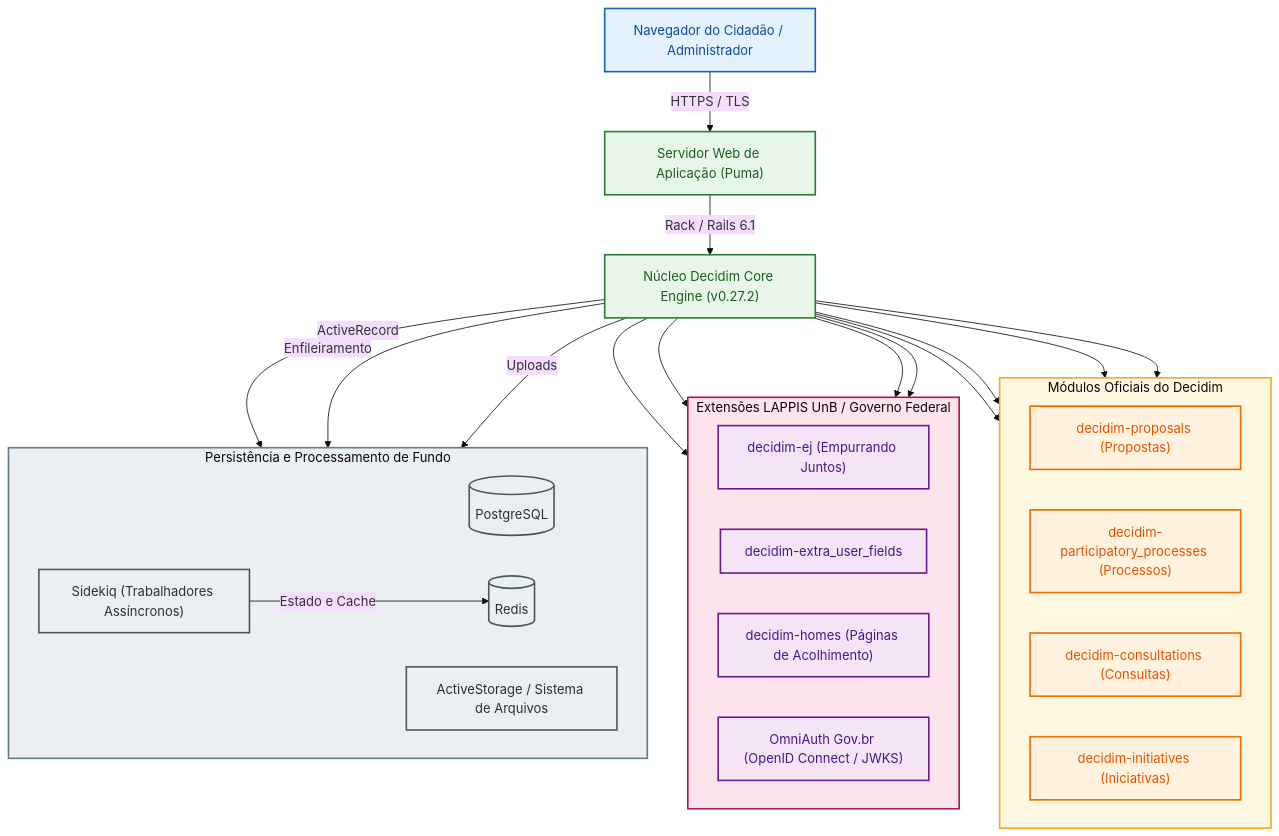
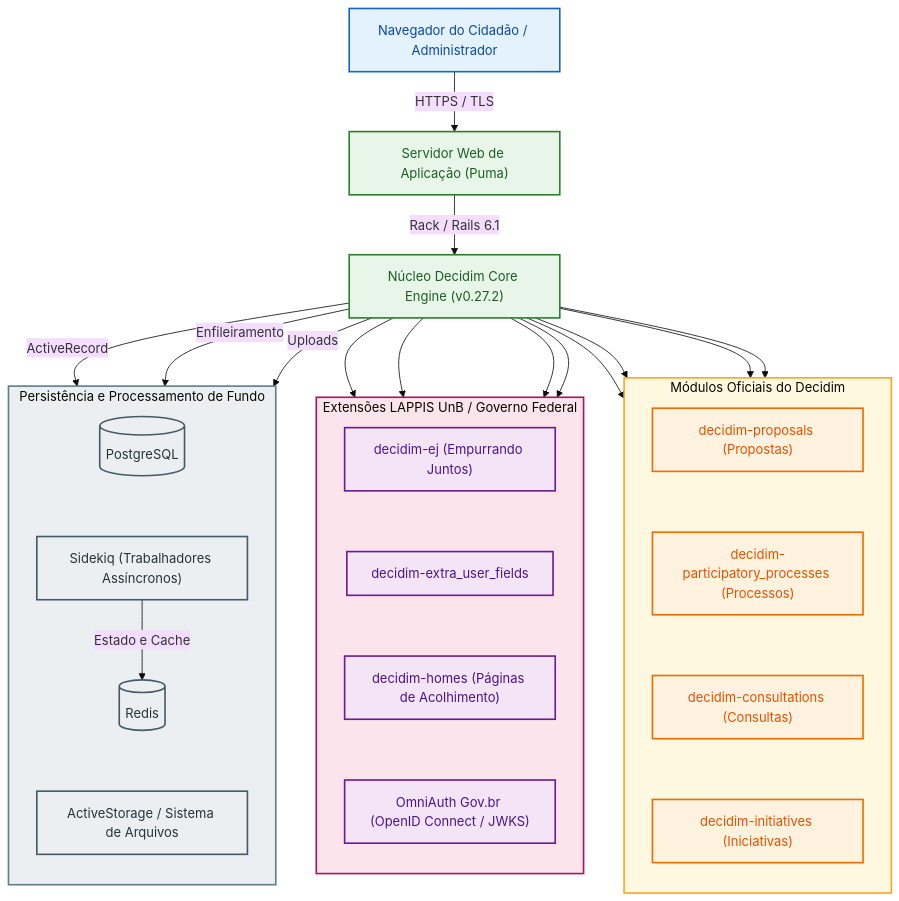
One commit to FCTE-Qualidade-de-Software-1/2026-2_T02_FRANS_BILAS changed the diagram in documentation/content/fases/1.md. Above: the diagram before and after it, drawn with Mermaid (base theme). The commit also changed 2 other files, not shown here.

Commit message:
docs(entregas): restructure phase 1 with presentation notes

````diff
--- a/documentation/content/fases/1.md
+++ b/documentation/content/fases/1.md
@@ -77,58 +77,64 @@
 ```mermaid
-flowchart TD
+flowchart TB
     Client["Navegador do Cidadão / Administrador"] -->|"HTTPS / TLS"| Server["Servidor Web de Aplicação (Puma)"]
     Server -->|"Rack / Rails 6.1"| Core["Núcleo Decidim Core Engine (v0.27.2)"]
 
     subgraph Official["Módulos Oficiais do Decidim"]
-        direction LR
+        direction TB
         MProposals["decidim-proposals (Propostas)"]
         MProcesses["decidim-participatory_processes (Processos)"]
         MConsultations["decidim-consultations (Consultas)"]
         MInitiatives["decidim-initiatives (Iniciativas)"]
+        MProposals ~~~ MProcesses ~~~ MConsultations ~~~ MInitiatives
     end
 
     subgraph Gov["Extensões LAPPIS UnB / Governo Federal"]
-        direction LR
+        direction TB
         EJ["decidim-ej (Empurrando Juntos)"]
         ExtraFields["decidim-extra_user_fields"]
         Homes["decidim-homes (Páginas de Acolhimento)"]
         SSO["OmniAuth Gov.br (OpenID Connect / JWKS)"]
+        EJ ~~~ ExtraFields ~~~ Homes ~~~ SSO
     end
 
     subgraph Persistence["Persistência e Processamento de Fundo"]
-        direction LR
+        direction TB
         DB[("PostgreSQL")]
         Sidekiq["Sidekiq (Trabalhadores Assíncronos)"]
         RedisStore[("Redis")]
         Storage["ActiveStorage / Sistema de Arquivos"]
+        DB ~~~ Sidekiq
+        Sidekiq -->|"Estado e Cache"| RedisStore
+        RedisStore ~~~ Storage
     end
 
     Core --> MProposals
     Core --> MProcesses
     Core --> MConsultations
     Core --> MInitiatives
+
     Core --> EJ
     Core --> ExtraFields
     Core --> Homes
     Core --> SSO
+
     Core -->|"ActiveRecord"| DB
     Core -->|"Enfileiramento"| Sidekiq
-    Sidekiq -->|"Estado e Cache"| RedisStore
     Core -->|"Uploads"| Storage
 
     classDef client fill:#E3F2FD,stroke:#1565C0,stroke-width:2px,color:#0D47A1;
     classDef core fill:#E8F5E9,stroke:#2E7D32,stroke-width:2px,color:#1B5E20;
     classDef official fill:#FFF3E0,stroke:#EF6C00,stroke-width:2px,color:#E65100;
     classDef extension fill:#F3E5F5,stroke:#6A1B9A,stroke-width:2px,color:#4A148C;
     classDef persistence fill:#ECEFF1,stroke:#455A64,stroke-width:2px,color:#263238;
 
     class Client client;
     class Server,Core core;
     class MProposals,MProcesses,MConsultations,MInitiatives official;
     class EJ,ExtraFields,Homes,SSO extension;
     class DB,Sidekiq,RedisStore,Storage persistence;
 
     style Official fill:#FFF8E1,stroke:#F9A825,stroke-width:2px;
     style Gov fill:#FCE4EC,stroke:#AD1457,stroke-width:2px;
     style Persistence fill:#ECEFF1,stroke:#607D8B,stroke-width:2px;
 ```
````
